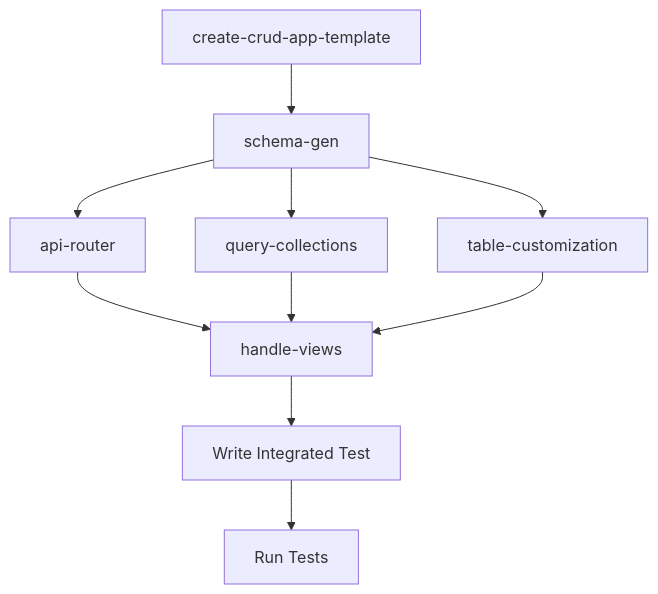
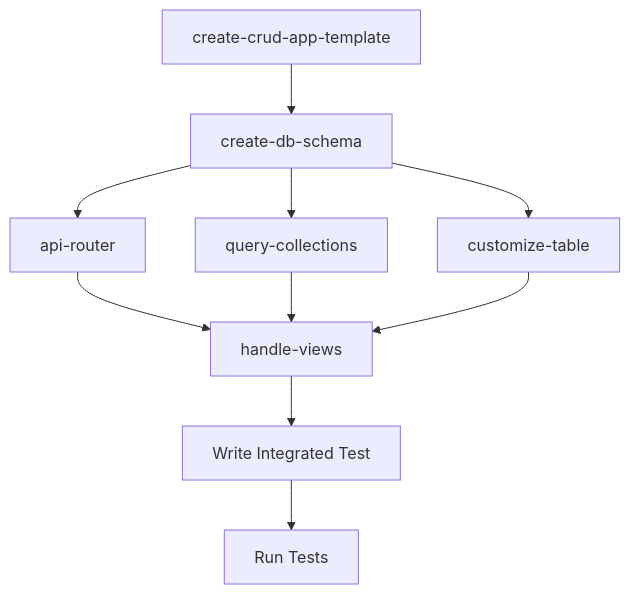
One commit to ragdotpage/plugins changed the diagram in plugins/schema0/skills/create-crud-app-template/SKILL.md. Above: the diagram before and after it, drawn with Mermaid. The commit also changed other lines of this file and 20 other files, not shown here.

Commit message:
rename skills: schema-gen→create-db-schema, workflow-builder→build-workflow, table-customization→customize-table

````diff
--- a/plugins/schema0/skills/create-crud-app-template/SKILL.md
+++ b/plugins/schema0/skills/create-crud-app-template/SKILL.md
@@ -19,12 +19,12 @@
 ```mermaid
 flowchart TD
-    A[create-crud-app-template] --> B[schema-gen]
+    A[create-crud-app-template] --> B[create-db-schema]
     B --> C[api-router]
     B --> D[query-collections]
-    B --> E[table-customization]
+    B --> E[customize-table]
     C --> F[handle-views]
     D --> F
     E --> F
     F --> G[Write Integrated Test]
     G --> H[Run Tests]
 ```
````
